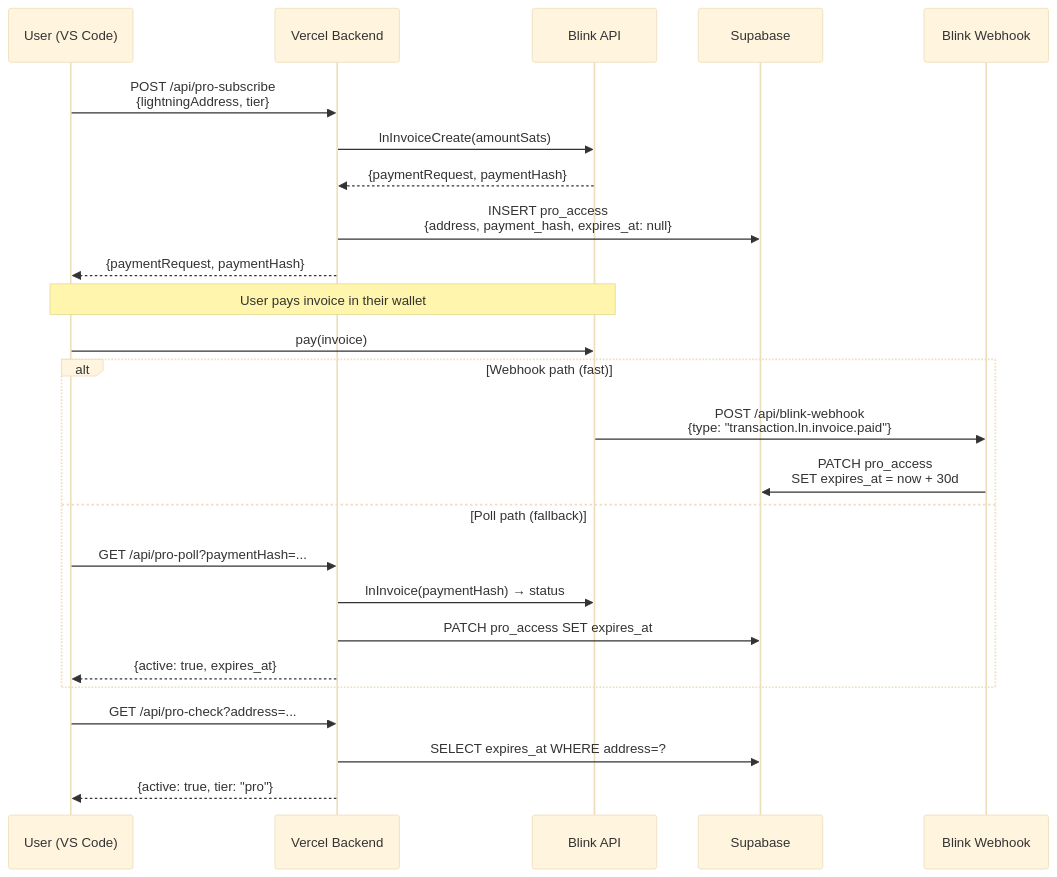
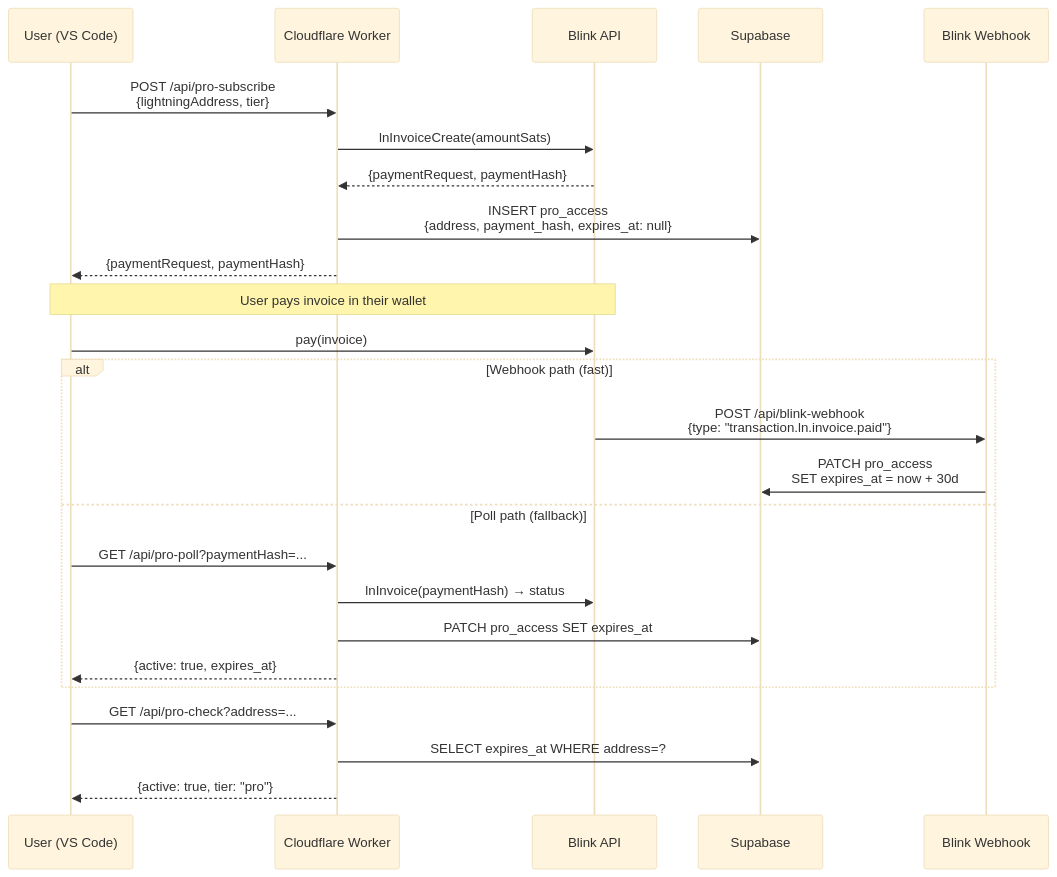
Before and after one commit to ShinyDapps/l402-kit: the fourth of 8 diagrams in docs/guides/flows.mdx, drawn with Mermaid (base theme). The commit also changed other lines of this file and 40 other files, not shown here.

First line of the commit message:
chore: remove all Vercel references — 100% Cloudflare

````diff
--- a/docs/guides/flows.mdx
+++ b/docs/guides/flows.mdx
@@ -81,31 +81,31 @@
 ```mermaid
 sequenceDiagram
     participant U as User (VS Code)
-    participant V as Vercel Backend
+    participant V as Cloudflare Worker
     participant B as Blink API
     participant S as Supabase
     participant W as Blink Webhook
 
     U->>V: POST /api/pro-subscribe<br/>{lightningAddress, tier}
     V->>B: lnInvoiceCreate(amountSats)
     B-->>V: {paymentRequest, paymentHash}
     V->>S: INSERT pro_access<br/>{address, payment_hash, expires_at: null}
     V-->>U: {paymentRequest, paymentHash}
 
     Note over U,B: User pays invoice in their wallet
     U->>B: pay(invoice)
 
     alt Webhook path (fast)
         B->>W: POST /api/blink-webhook<br/>{type: "transaction.ln.invoice.paid"}
         W->>S: PATCH pro_access<br/>SET expires_at = now + 30d
     else Poll path (fallback)
         U->>V: GET /api/pro-poll?paymentHash=...
         V->>B: lnInvoice(paymentHash) → status
         V->>S: PATCH pro_access SET expires_at
         V-->>U: {active: true, expires_at}
     end
 
     U->>V: GET /api/pro-check?address=...
     V->>S: SELECT expires_at WHERE address=?
     V-->>U: {active: true, tier: "pro"}
 ```
````
